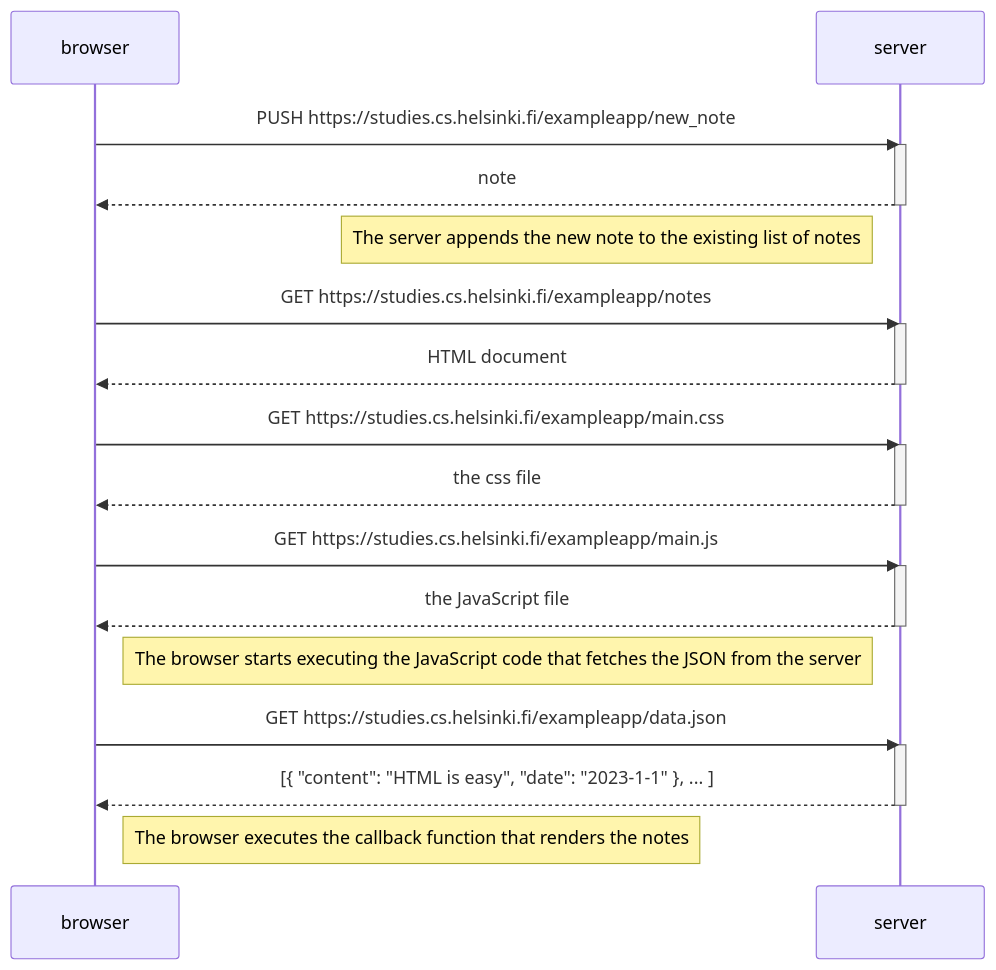
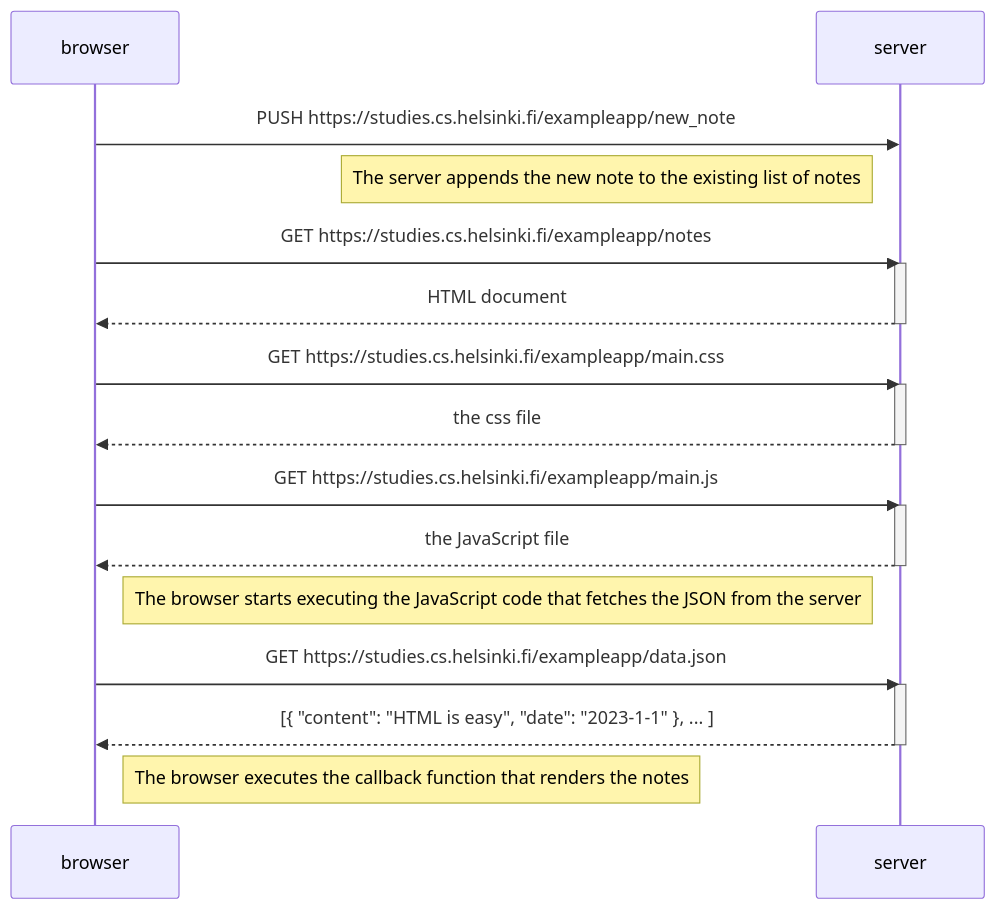
The diagram in Part 0 Fundamentals of Web Apps/newNoteDiagram.md (bwsrcurtis/FullStackOpen), drawn with Mermaid before and after one commit.

Commit message:
Formatting

````diff
--- a/Part 0 Fundamentals of Web Apps/newNoteDiagram.md
+++ b/Part 0 Fundamentals of Web Apps/newNoteDiagram.md
@@ -3,36 +3,33 @@
 ```mermaid
 sequenceDiagram
     participant browser
     participant server
 
 	browser->>server: PUSH https://studies.cs.helsinki.fi/exampleapp/new_note
-    activate server
-    server-->>browser: note
-    deactivate server
 
 	Note left of server: The server appends the new note to the existing list of notes
 
     browser->>server: GET https://studies.cs.helsinki.fi/exampleapp/notes
     activate server
     server-->>browser: HTML document
     deactivate server
 
     browser->>server: GET https://studies.cs.helsinki.fi/exampleapp/main.css
     activate server
     server-->>browser: the css file
     deactivate server
 
     browser->>server: GET https://studies.cs.helsinki.fi/exampleapp/main.js
     activate server
     server-->>browser: the JavaScript file
     deactivate server
 
     Note right of browser: The browser starts executing the JavaScript code that fetches the JSON from the server
 
     browser->>server: GET https://studies.cs.helsinki.fi/exampleapp/data.json
     activate server
     server-->>browser: [{ "content": "HTML is easy", "date": "2023-1-1" }, ... ]
     deactivate server
 
     Note right of browser: The browser executes the callback function that renders the notes
 ```
````
